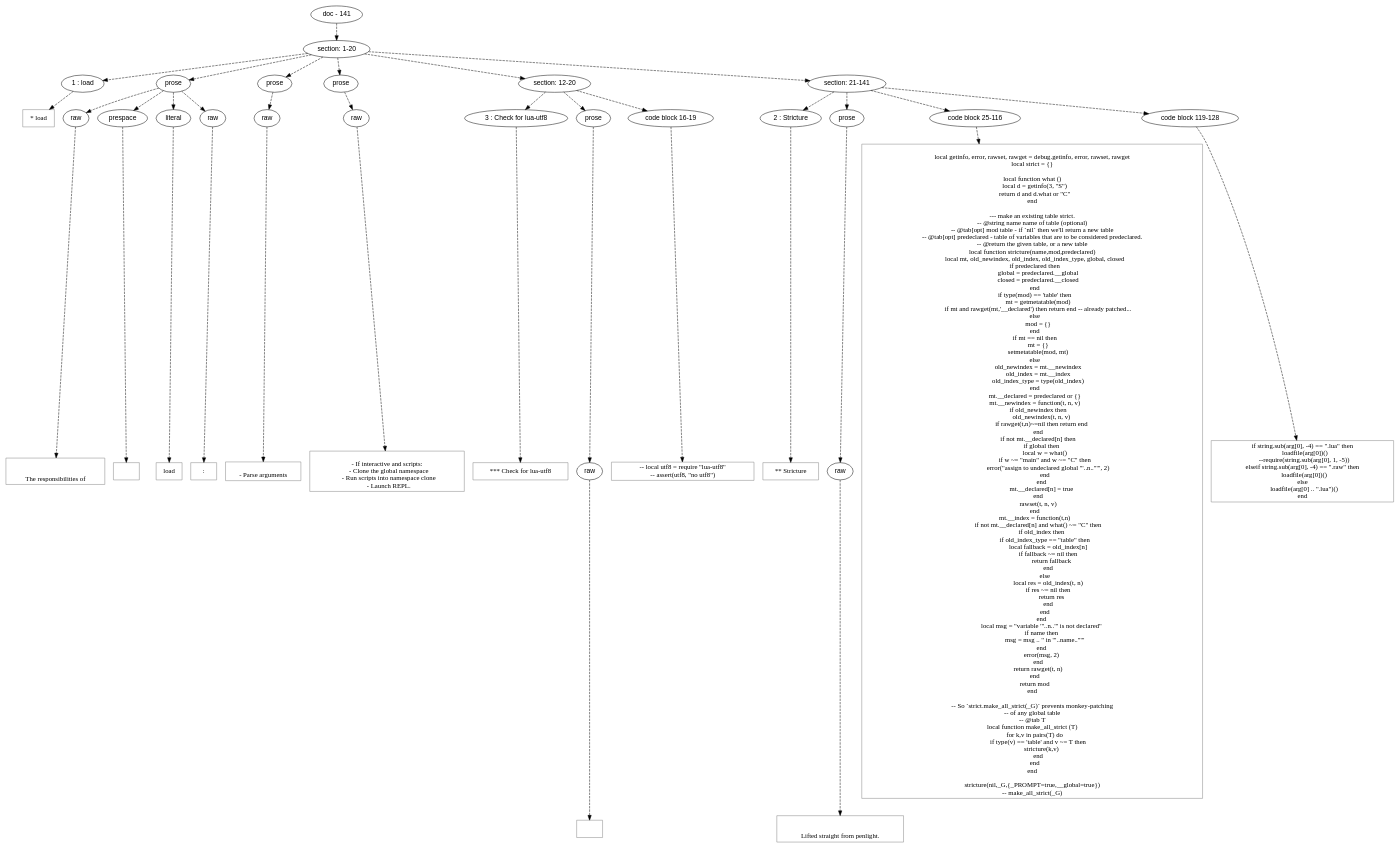
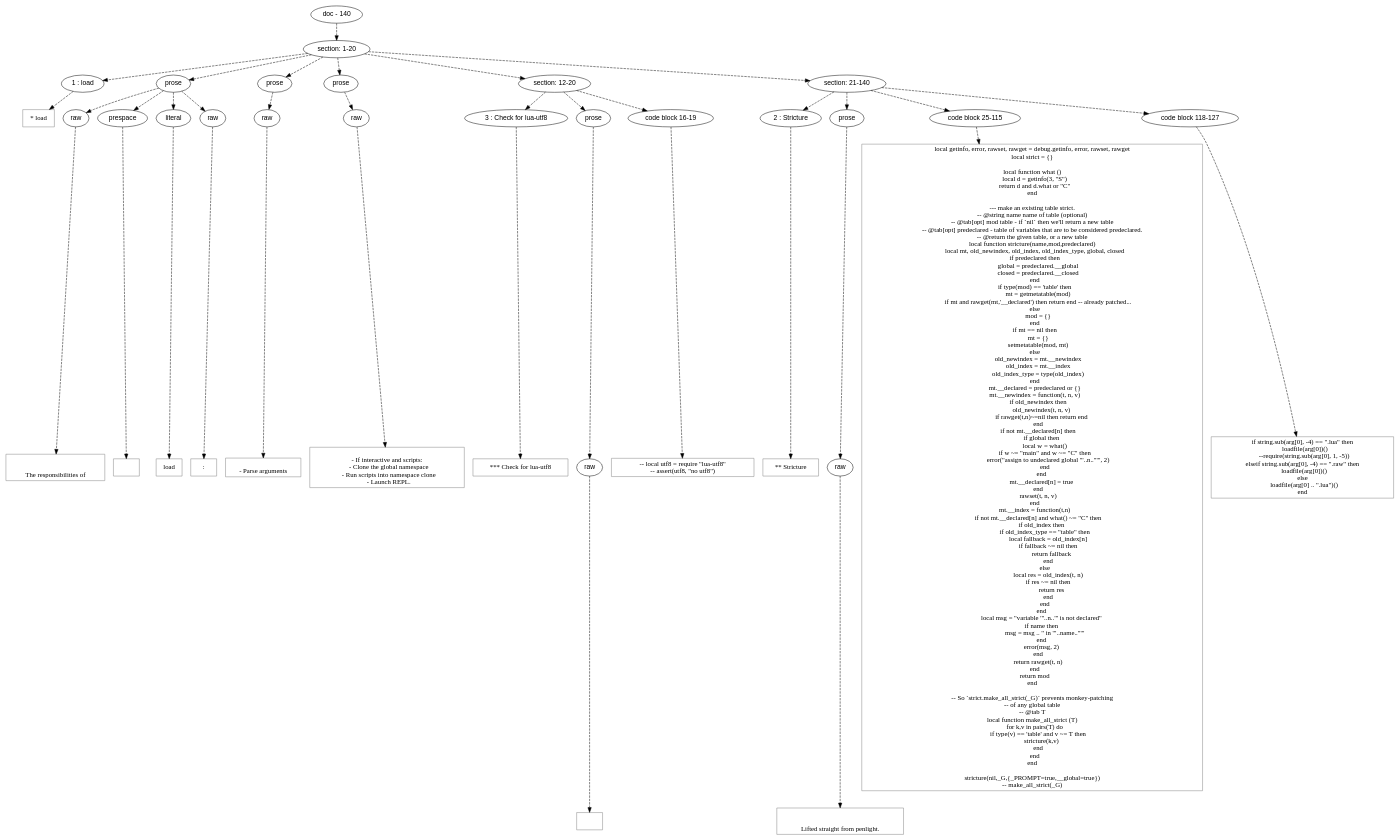
One commit to orb-lang/pylon changed the diagram in doc/dot/load.dot. Above: the diagram before and after it, drawn with Graphviz. The commit also changed 269 other files, not shown here.

```diff
--- a/doc/dot/load.dot
+++ b/doc/dot/load.dot
@@ -3,7 +3,7 @@
 node [fontname=Helvetica]
 edge [style=dashed]
 
-doc_0 [label="doc - 141"]
+doc_0 [label="doc - 140"]
 
 
 doc_0 -> { section_1}
@@ -27,7 +27,7 @@
 
 section_6 [label="section: 12-20"]
 
-section_7 [label="section: 21-141"]
+section_7 [label="section: 21-140"]
 
 
 // END RANK section_1
@@ -141,9 +141,9 @@
 
 prose_29 [label="prose"]
 
-codeblock_30 [label="code block 25-116"]
+codeblock_30 [label="code block 25-115"]
 
-codeblock_31 [label="code block 119-128"]
+codeblock_31 [label="code block 118-127"]
 
 
 // END RANK section_7
@@ -168,8 +168,7 @@
 // END RANK raw_33
 
 codeblock_30 -> leaf_35
-leaf_35  [color=Gray,shape=rectangle,fontname=Inconsolata,label="
-local getinfo, error, rawset, rawget = debug.getinfo, error, rawset, rawget
+leaf_35  [color=Gray,shape=rectangle,fontname=Inconsolata,label="local getinfo, error, rawset, rawget = debug.getinfo, error, rawset, rawget
 local strict = {}
 
 local function what ()
```
